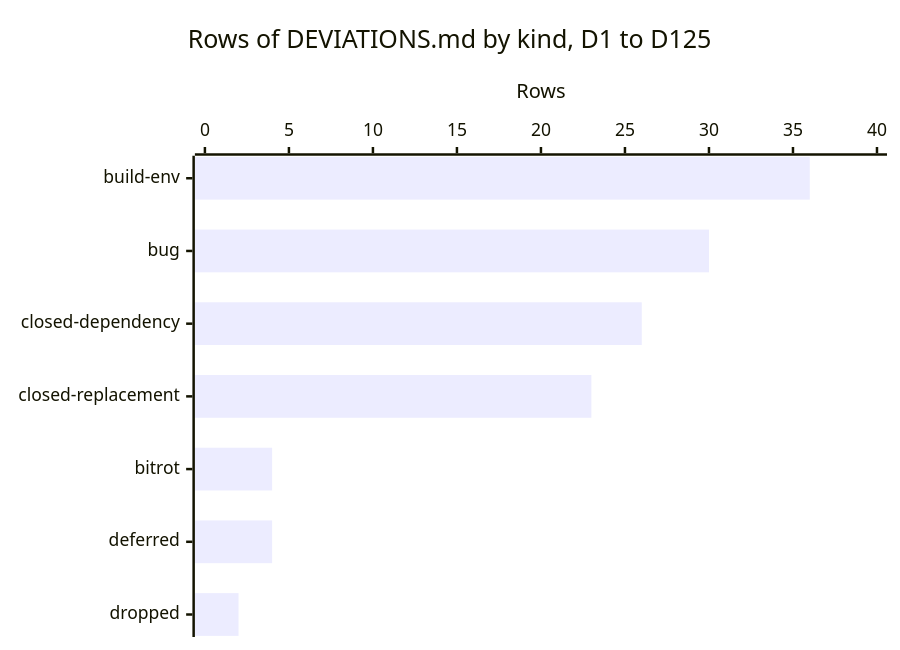
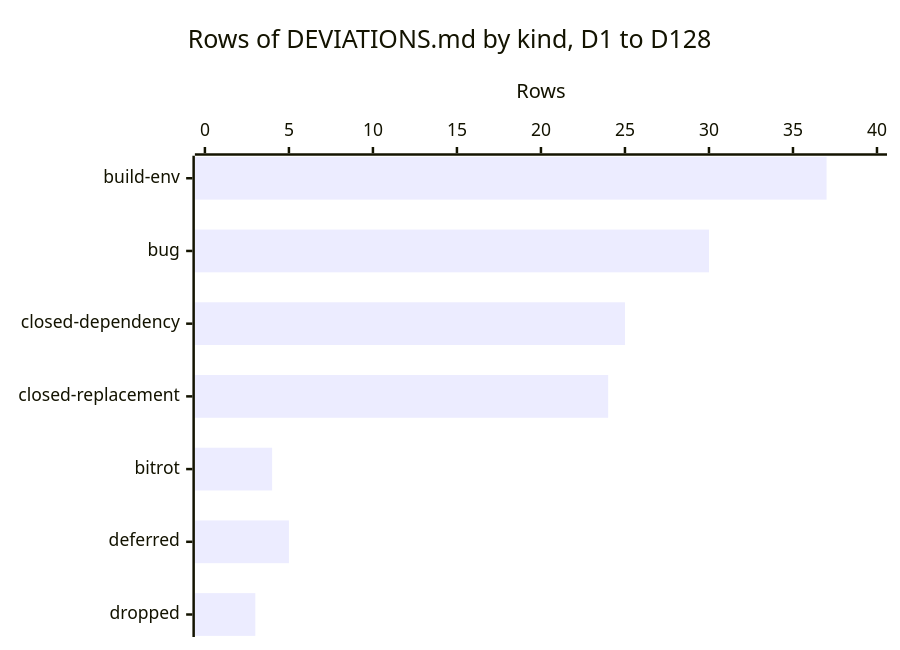
One commit to nyg/PowerDarwin changed the first of 2 diagrams in docs/src/synthesis/kinds-of-deviation.md. Above: the diagram before and after it, drawn with Mermaid. The commit also changed other lines of this file and 27 other files, not shown here.

````diff
--- a/docs/src/synthesis/kinds-of-deviation.md
+++ b/docs/src/synthesis/kinds-of-deviation.md
@@ -27,7 +27,7 @@
 ```mermaid
 xychart-beta horizontal
-    title "Rows of DEVIATIONS.md by kind, D1 to D125"
+    title "Rows of DEVIATIONS.md by kind, D1 to D128"
     x-axis ["build-env", "bug", "closed-dependency", "closed-replacement", "bitrot", "deferred", "dropped"]
     y-axis "Rows" 0 --> 40
-    bar [36, 30, 26, 23, 4, 4, 2]
+    bar [37, 30, 25, 24, 4, 5, 3]
 ```
````
